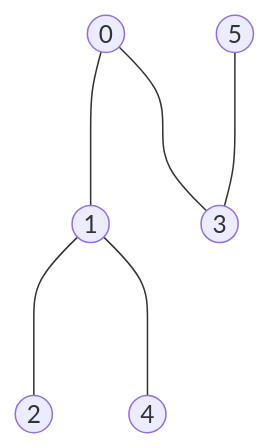
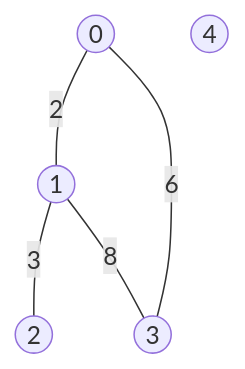
The fourth of 4 diagrams in README.md (sgorgun/minimum-spanning-tree-task-python), drawn with Mermaid before and after one commit. The commit also changed other lines of this file, not shown here.

````diff
--- a/README.md
+++ b/README.md
@@ -167,10 +161,8 @@
 ```mermaid
 graph TD;
-    A((0)) ---- B((1));
-    B ---- C((2));
-    A ---- D((3));
+    A((0)) -- 2  --- B((1));
+    A --6--- D((3));
+    B-- 3 --- C((2));
+    B-- 8 --- D;
     E((4));
-    F((5));
-    F ---- D;
-    B ---- E;
 ```
````
